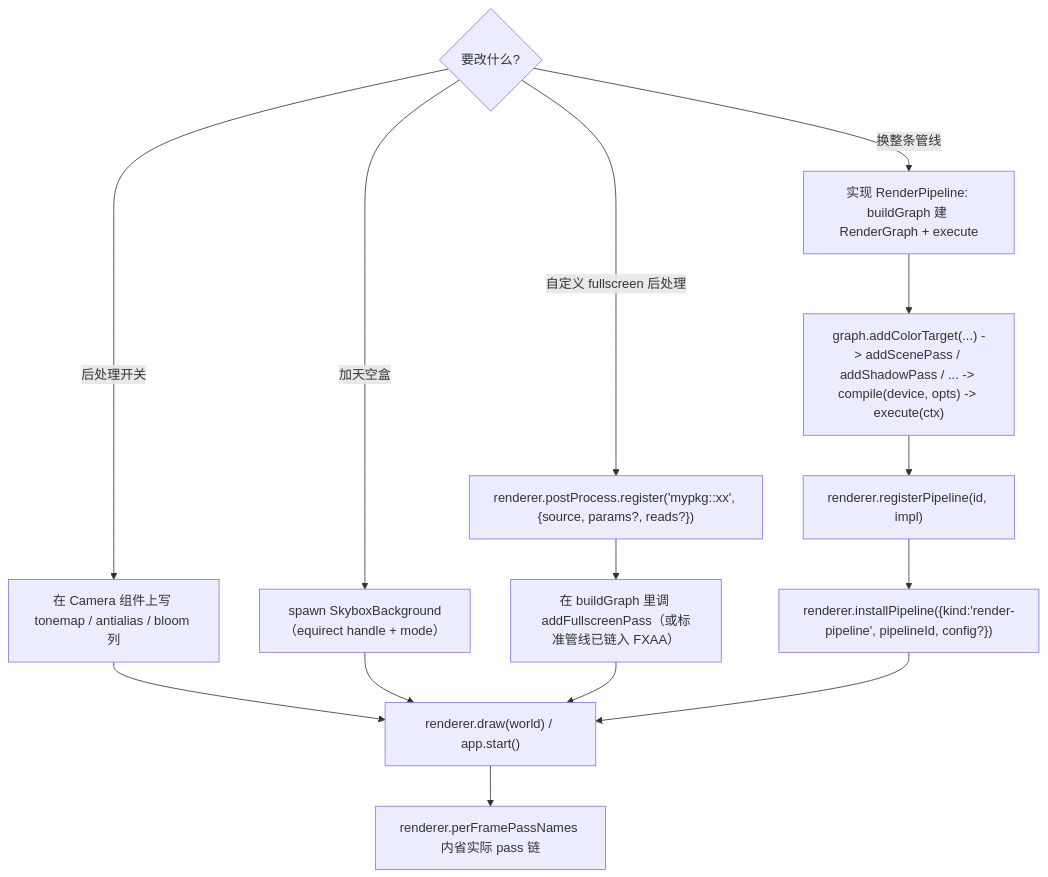
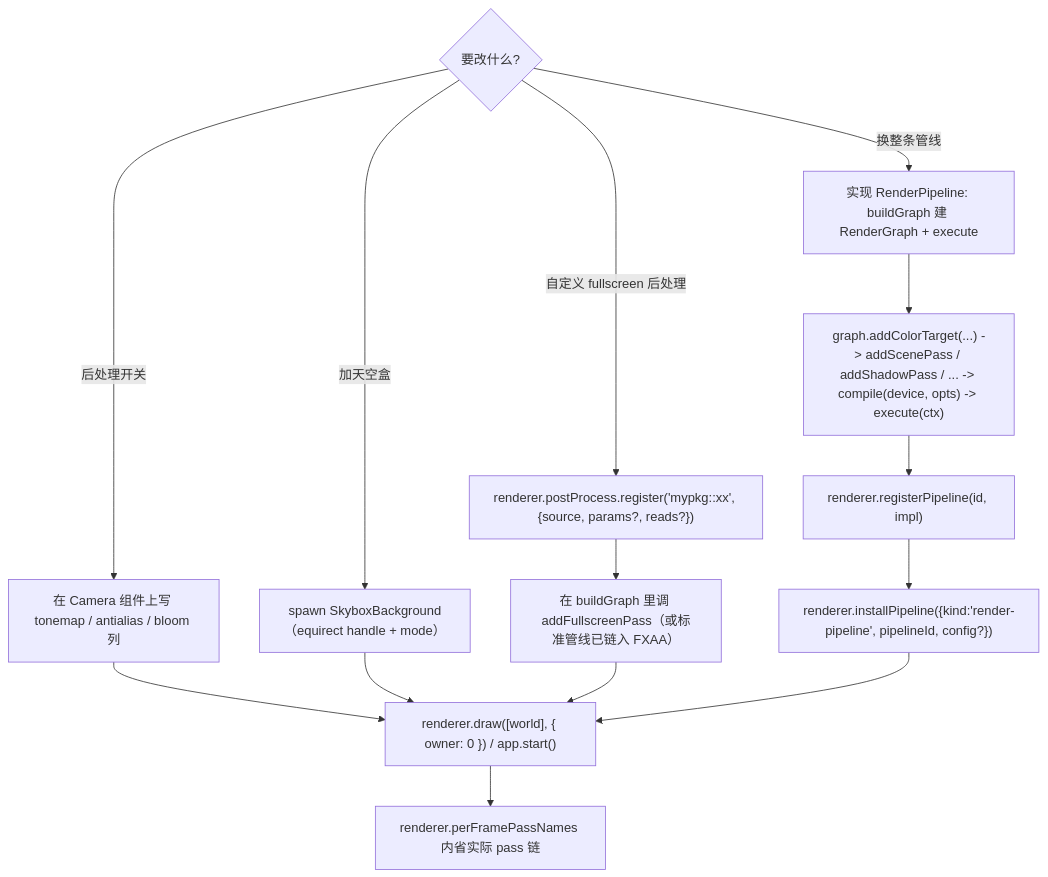
One commit to ForgeaX-Games/forgeax-editor changed the diagram in packages/engine/skills/forgeax-engine-render-pipeline/SKILL.md. Above: the diagram before and after it, drawn with Mermaid. The commit also changed 349 other files, not shown here.

````diff
--- a/packages/engine/skills/forgeax-engine-render-pipeline/SKILL.md
+++ b/packages/engine/skills/forgeax-engine-render-pipeline/SKILL.md
@@ -130,16 +130,16 @@
 ```mermaid
 flowchart TD
   Q{"要改什么?"} -->|后处理开关| CAM["在 Camera 组件上写 tonemap / antialias / bloom 列"]
   Q -->|加天空盒| SKY["spawn SkyboxBackground（equirect handle + mode）"]
   Q -->|自定义 fullscreen 后处理| REG["renderer.postProcess.register('mypkg::xx', {source, params?, reads?})"]
   Q -->|换整条管线| PIPE["实现 RenderPipeline: buildGraph 建 RenderGraph + execute"]
   REG --> BUILD["在 buildGraph 里调 addFullscreenPass（或标准管线已链入 FXAA）"]
   PIPE --> RG["graph.addColorTarget(...) -> addScenePass / addShadowPass / ... -> compile(device, opts) -> execute(ctx)"]
   RG --> REG_P["renderer.registerPipeline(id, impl)"]
   REG_P --> INS["renderer.installPipeline({kind:'render-pipeline', pipelineId, config?})"]
-  CAM --> DR["renderer.draw(world) / app.start()"]
+  CAM --> DR["renderer.draw([world], { owner: 0 }) / app.start()"]
   SKY --> DR
   BUILD --> DR
   INS --> DR
   DR --> INSP["renderer.perFramePassNames 内省实际 pass 链"]
 ```
````
